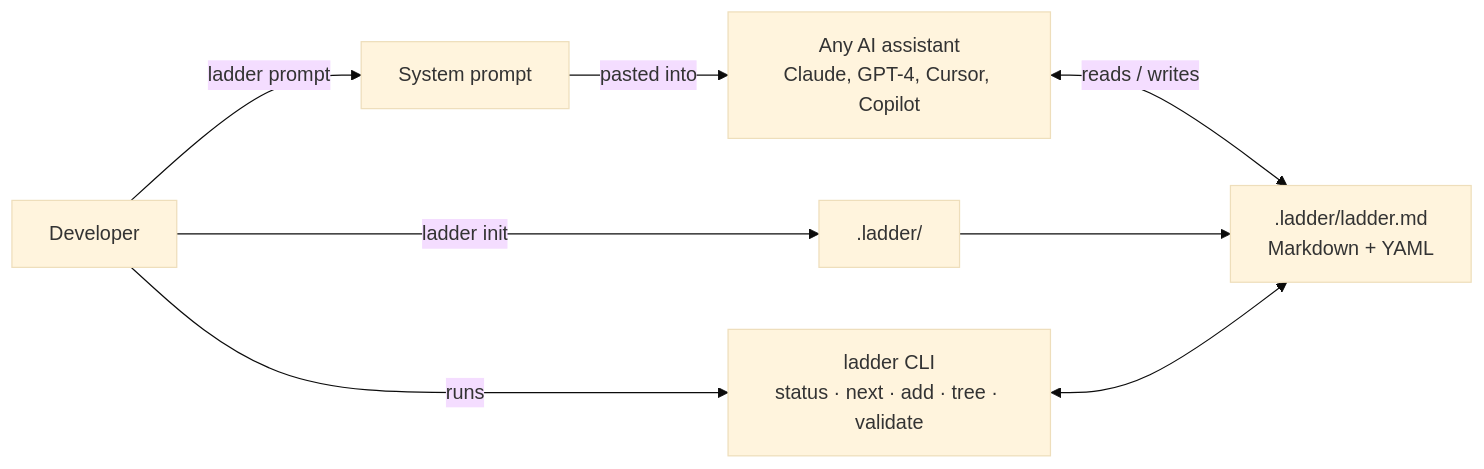
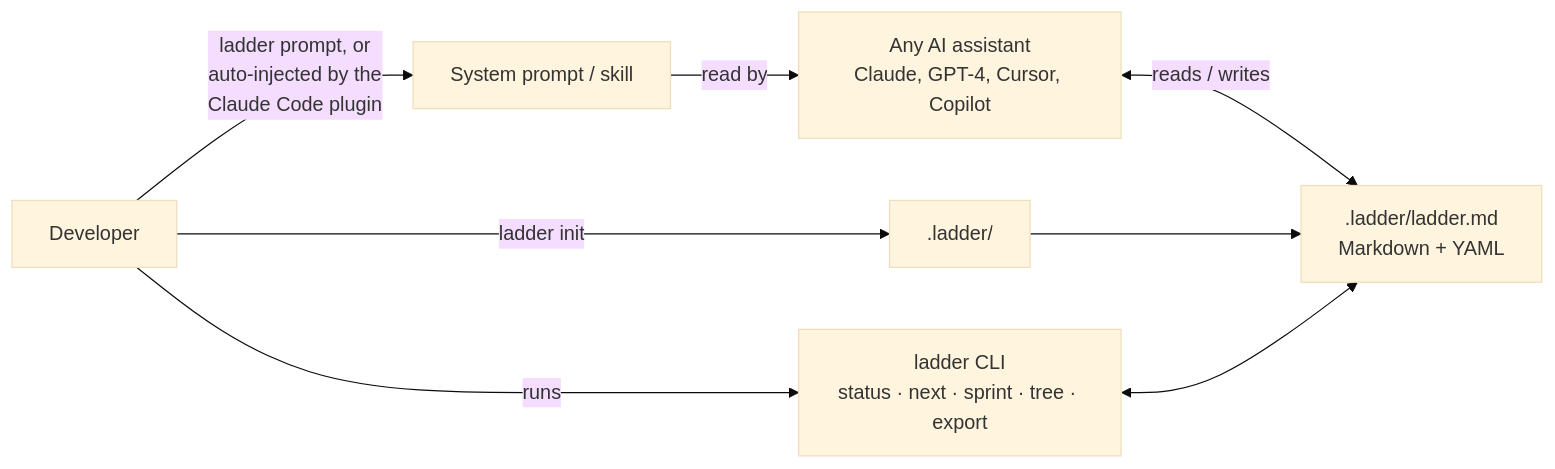
Before and after one commit to tanamsethi31/ladder: the diagram in README.md, drawn with Mermaid (base theme). The commit also changed other lines of this file, not shown here.

First line of the commit message:
README: update for the plugin, fix stale claims and demo output

````diff
--- a/README.md
+++ b/README.md
@@ -90,10 +90,10 @@
 ```mermaid
 flowchart LR
     Dev["Developer"] -->|ladder init| Dir[".ladder/"]
-    Dev -->|ladder prompt| Prompt["System prompt"]
-    Prompt -->|pasted into| AI["Any AI assistant\nClaude, GPT-4, Cursor, Copilot"]
+    Dev -->|ladder prompt, or\nauto-injected by the\nClaude Code plugin| Prompt["System prompt / skill"]
+    Prompt -->|read by| AI["Any AI assistant\nClaude, GPT-4, Cursor, Copilot"]
     AI <-->|reads / writes| File[".ladder/ladder.md\nMarkdown + YAML"]
     Dir --> File
-    CLI["ladder CLI\nstatus · next · add · tree · validate"] <--> File
+    CLI["ladder CLI\nstatus · next · sprint · tree · export"] <--> File
     Dev -->|runs| CLI
 ```
````
